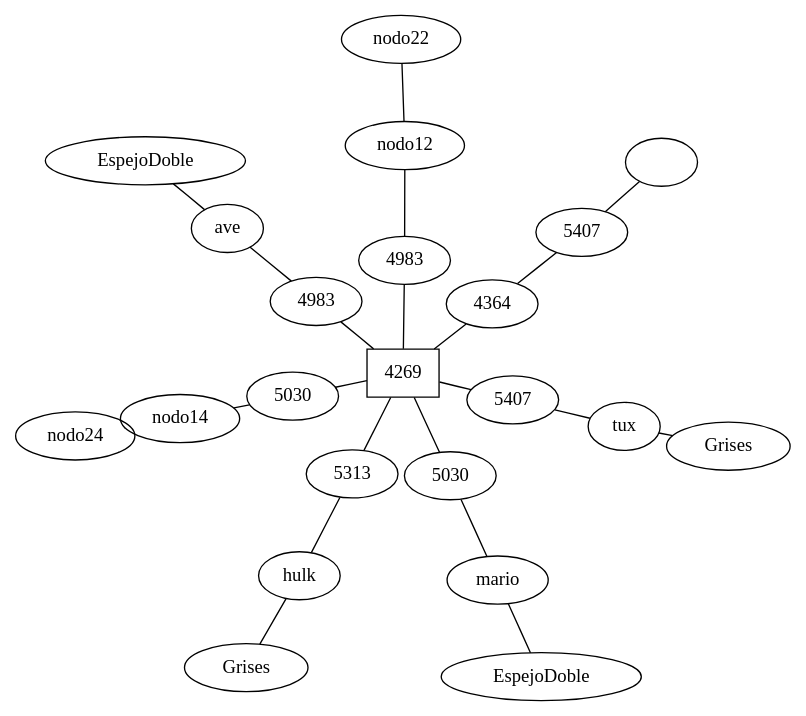
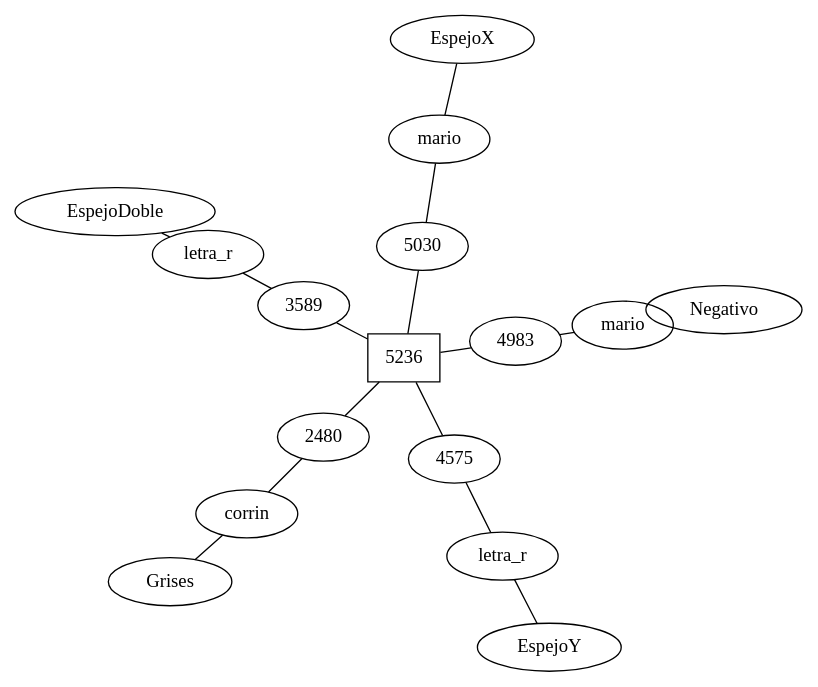
The diagram in Backend/grafo.dot (DanielGarcia-201901103/EDD_VJ1S2023_PY_201901103), drawn with Graphviz before and after one commit. The commit also changed 9 other files, not shown here.

```diff
--- a/Backend/grafo.dot
+++ b/Backend/grafo.dot
@@ -1,31 +1,27 @@
 graph grafoDirigido{ 
  rankdir=LR; 
  node [shape=box]; layout=neato; 
- nodo00[label="4269"]; 
+ nodo00[label="5236"]; 
 node [shape = ellipse]; 
-nodo01[label="4983" ]; 
-nodo11[label="ave" ]; 
-nodo21[label=" EspejoDoble " ]; 
-nodo02[label="4983" ]; 
-nodo03[label="5030" ]; 
-nodo13[label="mario" ]; 
-nodo23[label=" EspejoDoble " ]; 
-nodo04[label="5030" ]; 
-nodo05[label="5313" ]; 
-nodo15[label="hulk" ]; 
-nodo25[label=" Grises " ]; 
-nodo06[label="4364" ]; 
-nodo16[label="5407" ]; 
-nodo26[label="" ]; 
-nodo07[label="5407" ]; 
-nodo17[label="tux" ]; 
-nodo27[label=" Grises " ]; 
+nodo01[label="2480" ]; 
+nodo11[label="corrin" ]; 
+nodo21[label=" Grises " ]; 
+nodo02[label="3589" ]; 
+nodo12[label="letra_r" ]; 
+nodo22[label=" EspejoDoble " ]; 
+nodo03[label="4575" ]; 
+nodo13[label="letra_r" ]; 
+nodo23[label=" EspejoY " ]; 
+nodo04[label="4983" ]; 
+nodo14[label="mario" ]; 
+nodo24[label=" Negativo " ]; 
+nodo05[label="5030" ]; 
+nodo15[label="mario" ]; 
+nodo25[label=" EspejoX " ]; 
 nodo00 -- nodo01 -- nodo11 -- nodo21[len=1.00]; 
 nodo00 -- nodo02 -- nodo12 -- nodo22[len=1.00]; 
 nodo00 -- nodo03 -- nodo13 -- nodo23[len=1.00]; 
 nodo00 -- nodo04 -- nodo14 -- nodo24[len=1.00]; 
 nodo00 -- nodo05 -- nodo15 -- nodo25[len=1.00]; 
-nodo00 -- nodo06 -- nodo16 -- nodo26[len=1.00]; 
-nodo00 -- nodo07 -- nodo17 -- nodo27[len=1.00]; 
 
 }
```
